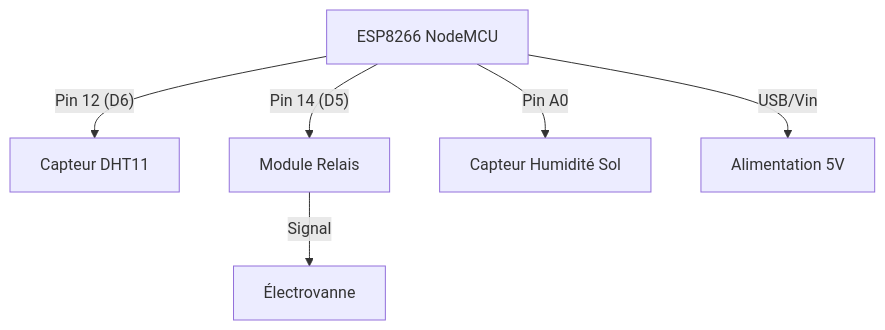
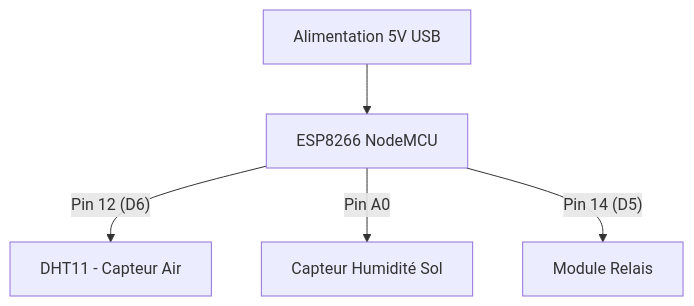
One commit to leadertgn/agrisense-partie-iot changed the diagram in CIRCUIT_DOCUMENTATION.md. Above: the diagram before and after it, drawn with Mermaid. The commit also changed other lines of this file, not shown here.

````diff
--- a/CIRCUIT_DOCUMENTATION.md
+++ b/CIRCUIT_DOCUMENTATION.md
@@ -40,9 +33,13 @@
 ```mermaid
 flowchart TD
   A1[ESP8266 NodeMCU]
-  A1 -- "Pin 12 (D6)" --> B1[Capteur DHT11]
-  A1 -- "Pin 14 (D5)" --> B2[Module Relais]
-  A1 -- "Pin A0" --> B3[Capteur Humidité Sol]
-  B2 -- "Signal" --> C1[Électrovanne]
-  A1 -- "USB/Vin" --> D1[Alimentation 5V]
+  B1[DHT11 - Capteur Air]
+  C1[Capteur Humidité Sol]
+  D1[Module Relais]
+  E1[Alimentation 5V USB]
+
+  A1 -- "Pin 12 (D6)" --> B1
+  A1 -- "Pin A0" --> C1
+  A1 -- "Pin 14 (D5)" --> D1
+  E1 --> A1
 ```
````
